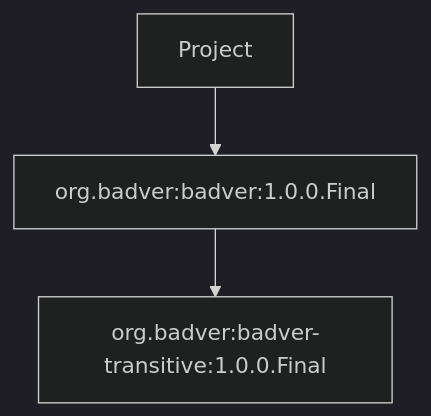
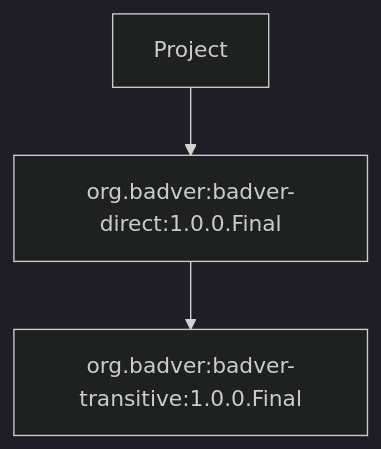
One commit to savant-build/savant-dependency-management changed the third of 18 diagrams in design/non-semantic-versions.md. Above: the diagram before and after it, drawn with Mermaid (dark theme). The commit also changed other lines of this file and 22 other files, not shown here.

````diff
--- a/design/non-semantic-versions.md
+++ b/design/non-semantic-versions.md
@@ -54,5 +68,5 @@
 ```mermaid
 graph
-    A[Project] --> B[org.badver:badver:1.0.0.Final]
+    A[Project] --> B[org.badver:badver-direct:1.0.0.Final]
     B --> C[org.badver:badver-transitive:1.0.0.Final]
 ```
````
